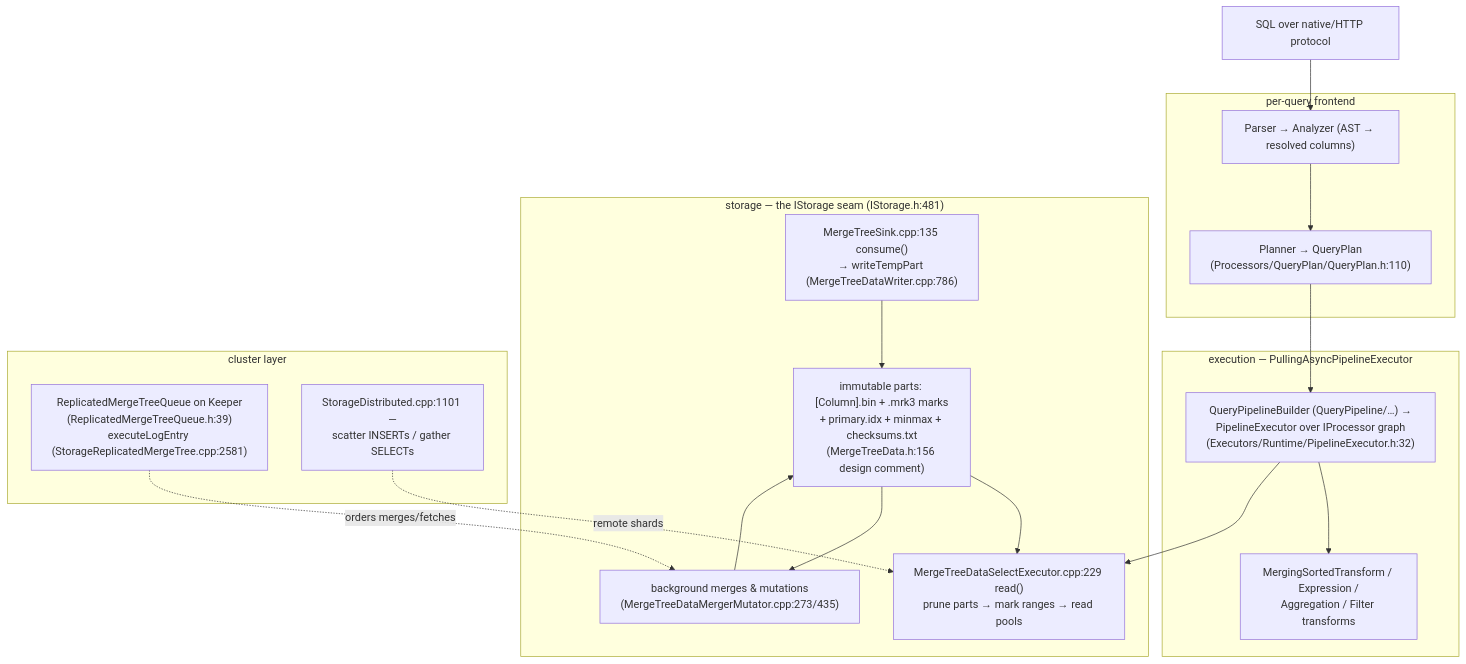
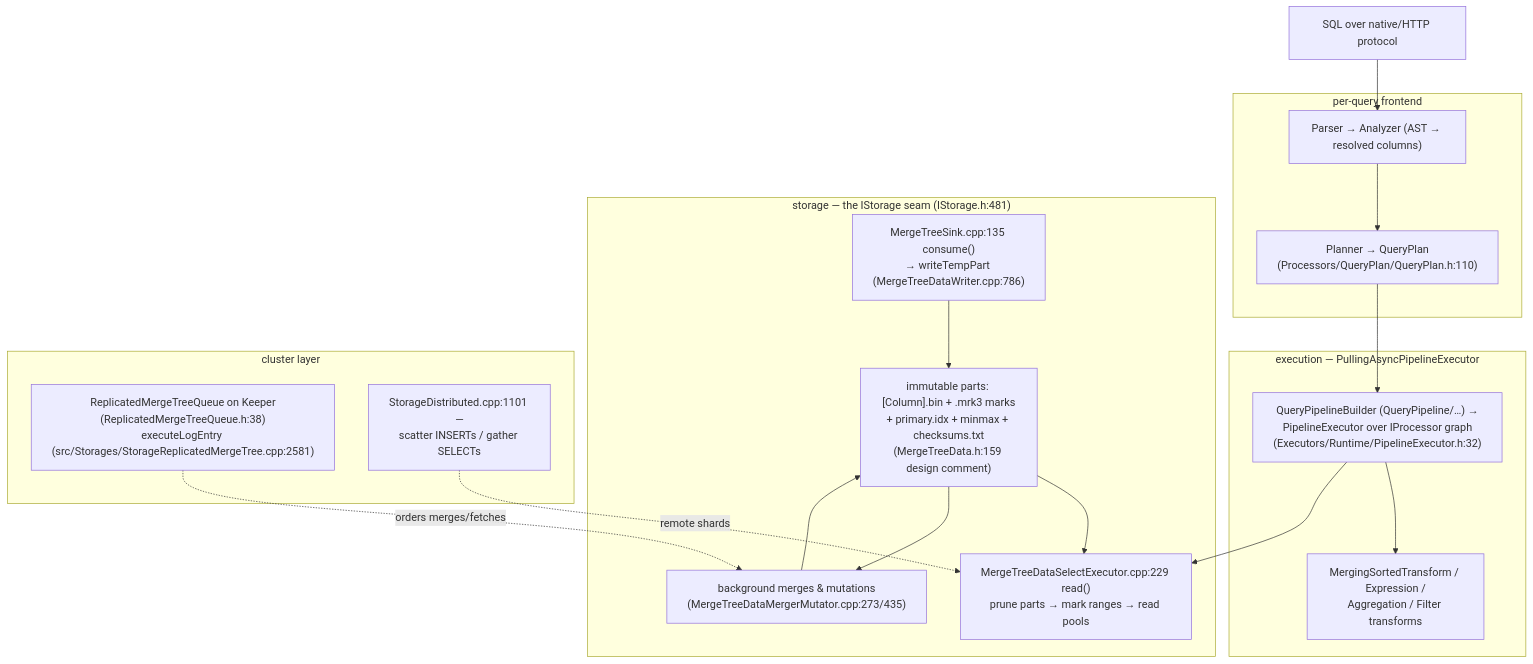
The first of 3 diagrams in deep-dives/clickhouse.md (acailic/system-design-atlas), drawn with Mermaid before and after one commit. The commit also changed other lines of this file and 1 other file, not shown here.

````diff
--- a/deep-dives/clickhouse.md
+++ b/deep-dives/clickhouse.md
@@ -53,35 +53,35 @@
 ```mermaid
 flowchart TD
     SQL["SQL over native/HTTP protocol"]
 
     subgraph frontend["per-query frontend"]
         PARSE["Parser → Analyzer (AST → resolved columns)"]
         PLAN["Planner → QueryPlan<br/>(Processors/QueryPlan/QueryPlan.h:110)"]
     end
 
     subgraph exec["execution — PullingAsyncPipelineExecutor"]
         PIPE["QueryPipelineBuilder (QueryPipeline/…) →<br/>PipelineExecutor over IProcessor graph<br/>(Executors/Runtime/PipelineExecutor.h:32)"]
         MERGEPROC["MergingSortedTransform / Expression /<br/>Aggregation / Filter transforms"]
     end
 
     subgraph storage["storage — the IStorage seam (IStorage.h:481)"]
         MTSE["MergeTreeDataSelectExecutor.cpp:229 read()<br/>prune parts → mark ranges → read pools"]
         MTSINK["MergeTreeSink.cpp:135 consume()<br/>→ writeTempPart (MergeTreeDataWriter.cpp:786)"]
-        PARTS["immutable parts: [Column].bin + .mrk3 marks<br/>+ primary.idx + minmax + checksums.txt<br/>(MergeTreeData.h:156 design comment)"]
+        PARTS["immutable parts: [Column].bin + .mrk3 marks<br/>+ primary.idx + minmax + checksums.txt<br/>(MergeTreeData.h:159 design comment)"]
         MERGES["background merges & mutations<br/>(MergeTreeDataMergerMutator.cpp:273/435)"]
     end
 
     subgraph cluster["cluster layer"]
-        REPL["ReplicatedMergeTreeQueue on Keeper<br/>(ReplicatedMergeTreeQueue.h:39)<br/>executeLogEntry (StorageReplicatedMergeTree.cpp:2581)"]
+        REPL["ReplicatedMergeTreeQueue on Keeper<br/>(ReplicatedMergeTreeQueue.h:38)<br/>executeLogEntry (src/Storages/StorageReplicatedMergeTree.cpp:2581)"]
         DIST["StorageDistributed.cpp:1101 —<br/>scatter INSERTs / gather SELECTs"]
     end
 
     SQL --> PARSE --> PLAN --> PIPE
     PIPE --> MERGEPROC
     PIPE --> MTSE
     MTSINK --> PARTS
     PARTS --> MTSE
     PARTS --> MERGES --> PARTS
     REPL -.->|"orders merges/fetches"| MERGES
     DIST -.->|"remote shards"| MTSE
 ```
````
